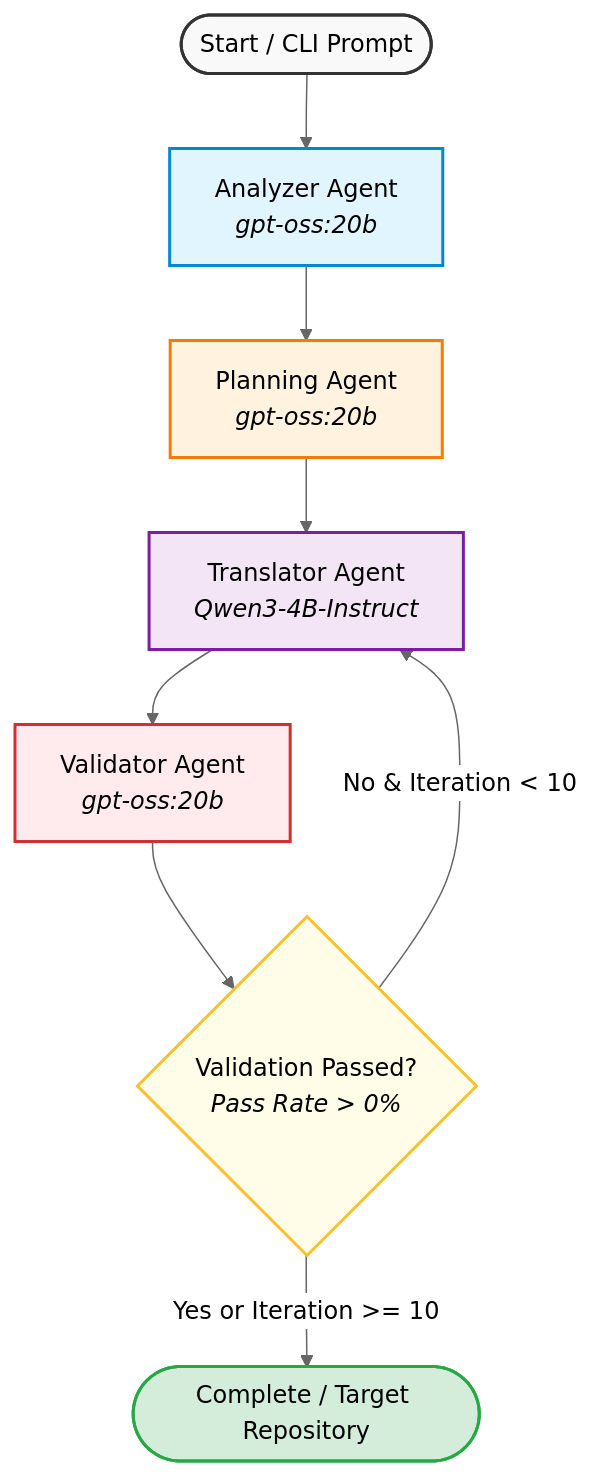
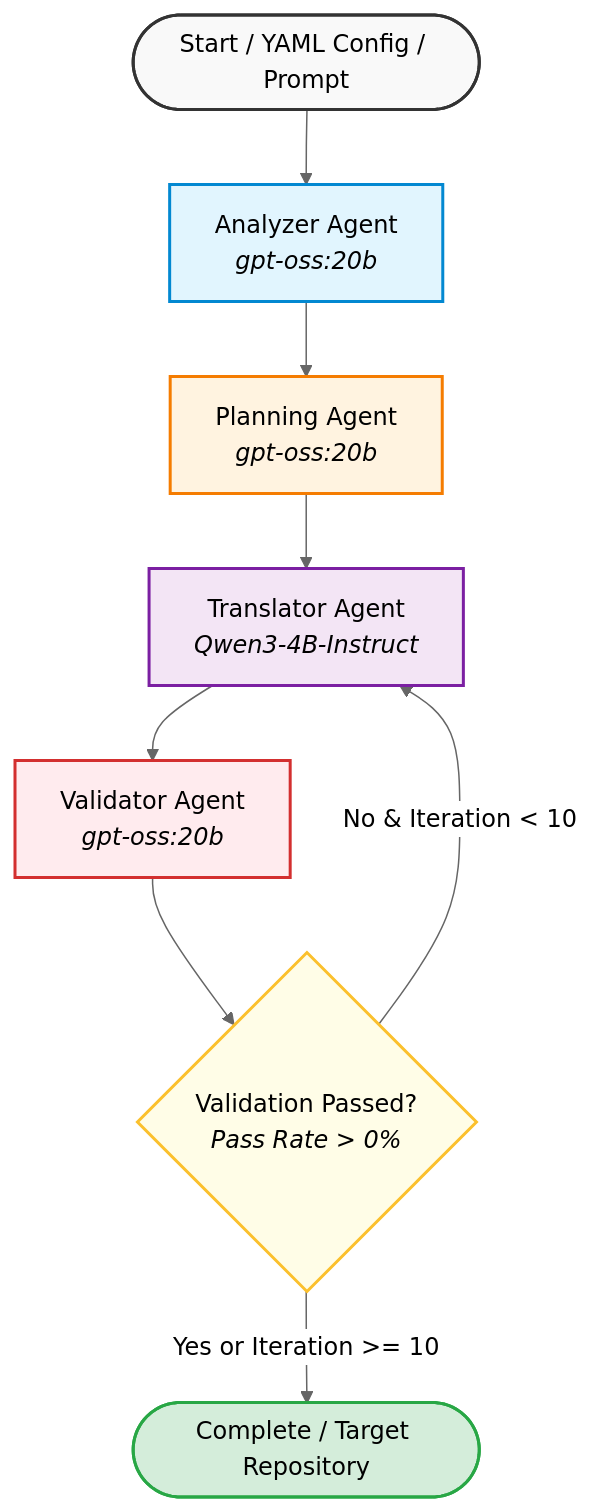
The first of 2 diagrams in docs/workflow.md (NTDuck/MAgHARCM), drawn with Mermaid (neutral theme) before and after one commit. The commit also changed other lines of this file and 10 other files, not shown here.

Commit message:
docs: humanize comments, clean formatting, and update architecture documentation

````diff
--- a/docs/workflow.md
+++ b/docs/workflow.md
@@ -9,19 +9,19 @@
 ```mermaid
 flowchart TD
-    START([Start / CLI Prompt]) --> Analyzer[Analyzer Agent<br/><i>gpt-oss:20b</i>]
+    START([Start / YAML Config / Prompt]) --> Analyzer[Analyzer Agent<br/><i>gpt-oss:20b</i>]
     Analyzer --> Planning[Planning Agent<br/><i>gpt-oss:20b</i>]
     Planning --> Translator[Translator Agent<br/><i>Qwen3-4B-Instruct</i>]
     Translator --> Validator[Validator Agent<br/><i>gpt-oss:20b</i>]
     
     Validator --> Branch{Validation Passed?<br/><i>Pass Rate > 0%</i>}
     Branch -- No & Iteration < 10 --> Translator
     Branch -- Yes or Iteration >= 10 --> Complete([Complete / Target Repository])
 
     style START fill:#f9f9f9,stroke:#333,stroke-width:2px
     style Complete fill:#d4edda,stroke:#28a745,stroke-width:2px
     style Analyzer fill:#e1f5fe,stroke:#0288d1,stroke-width:2px
     style Planning fill:#fff3e0,stroke:#f57c00,stroke-width:2px
     style Translator fill:#f3e5f5,stroke:#7b1fa2,stroke-width:2px
     style Validator fill:#ffebee,stroke:#d32f2f,stroke-width:2px
     style Branch fill:#fffde7,stroke:#fbc02d,stroke-width:2px
 ```
````
